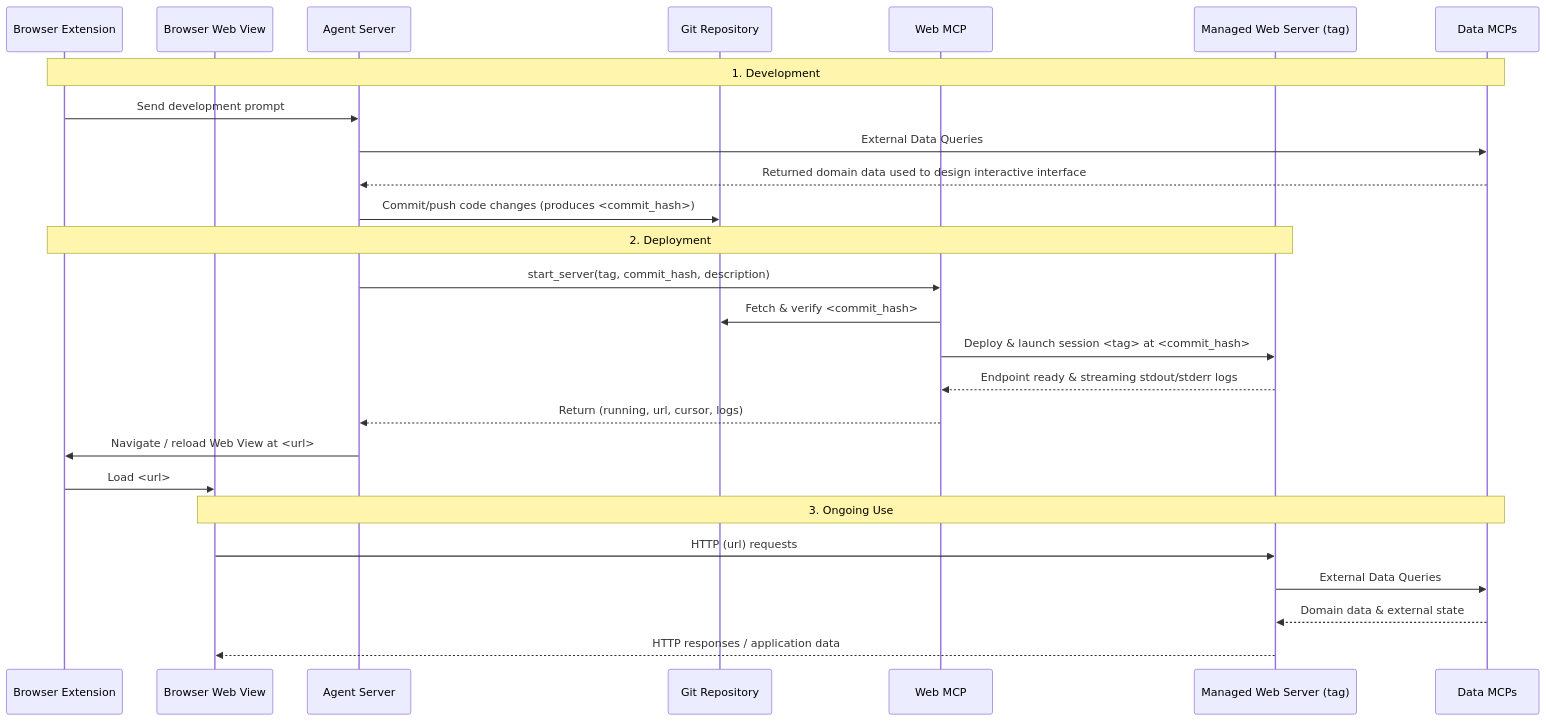
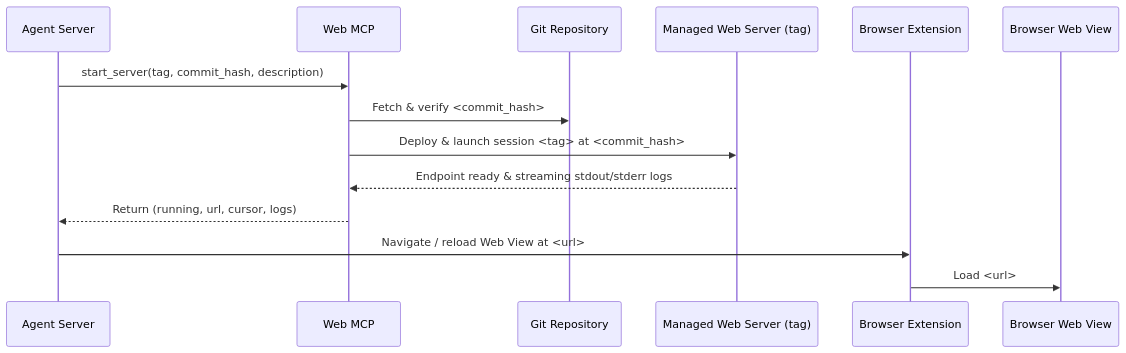
One commit to grafnu/udmi changed the third of 5 diagrams in mcp/axoloctl/README.md. Above: the diagram before and after it, drawn with Mermaid. The commit also changed other lines of this file, not shown here.

Commit message:
Add boundary specifications, dynamic UI viewport registry, and split sequence diagrams

````diff
--- a/mcp/axoloctl/README.md
+++ b/mcp/axoloctl/README.md
@@ -94,31 +116,17 @@
 ```mermaid
 sequenceDiagram
+  participant Agent as Agent Server
+  participant WebMCP as Web MCP
+  participant Git as Git Repository
+  participant Web as Managed Web Server (tag)
   participant Ext as Browser Extension
   participant View as Browser Web View
-  participant Agent as Agent Server
-  participant Git as Git Repository
-  participant WebMCP as Web MCP
-  participant Web as Managed Web Server (tag)
-  participant DataMCP as Data MCPs
 
-  Note over Ext, DataMCP: 1. Development
-  Ext->>Agent: Send development prompt
-  Agent->>DataMCP: External Data Queries
-  DataMCP-->>Agent: Returned domain data used to design interactive interface
-  Agent->>Git: Commit/push code changes (produces <commit_hash>)
-
-  Note over Ext, Web: 2. Deployment
   Agent->>WebMCP: start_server(tag, commit_hash, description)
   WebMCP->>Git: Fetch & verify <commit_hash>
   WebMCP->>Web: Deploy & launch session <tag> at <commit_hash>
   Web-->>WebMCP: Endpoint ready & streaming stdout/stderr logs
   WebMCP-->>Agent: Return (running, url, cursor, logs)
   Agent->>Ext: Navigate / reload Web View at <url>
   Ext->>View: Load <url>
-
-  Note over View, DataMCP: 3. Ongoing Use
-  View->>Web: HTTP (url) requests
-  Web->>DataMCP: External Data Queries
-  DataMCP-->>Web: Domain data & external state
-  Web-->>View: HTTP responses / application data
 ```
````
